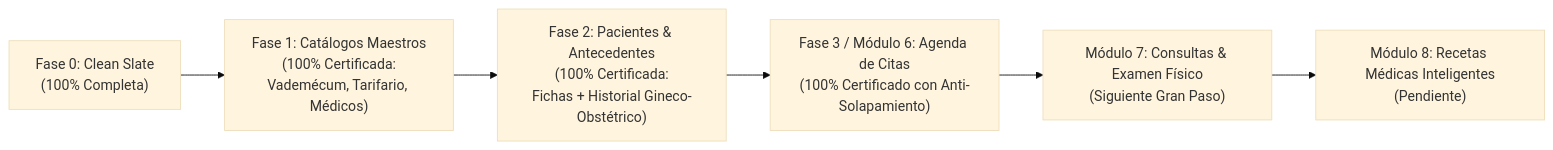
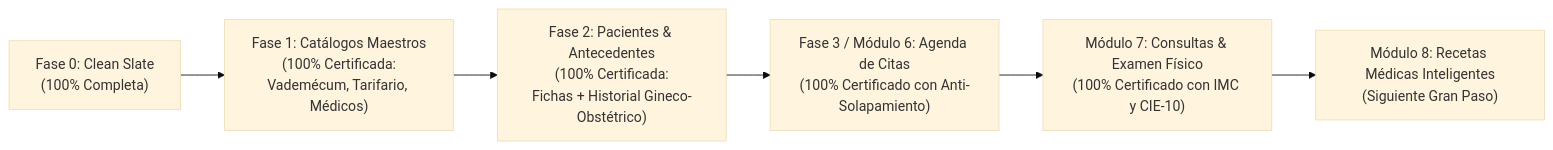
One commit to VinKE3/cendo-demo changed the diagram in docs/PROGRESS.md. Above: the diagram before and after it, drawn with Mermaid (base theme). The commit also changed other lines of this file and 9 other files, not shown here.

Commit message:
feat(consultas): modular architecture, BMI calculator, CIE-10 presets and certified clinical consultations CRUD

````diff
--- a/docs/PROGRESS.md
+++ b/docs/PROGRESS.md
@@ -23,8 +23,8 @@
 ```mermaid
 flowchart LR
     Fase0["Fase 0: Clean Slate\n(100% Completa)"] --> Fase1["Fase 1: Catálogos Maestros\n(100% Certificada:\nVademécum, Tarifario, Médicos)"]
     Fase1 --> Fase2["Fase 2: Pacientes & Antecedentes\n(100% Certificada:\nFichas + Historial Gineco-Obstétrico)"]
     Fase2 --> Mod6["Fase 3 / Módulo 6: Agenda de Citas\n(100% Certificado con Anti-Solapamiento)"]
-    Mod6 --> Mod7["Módulo 7: Consultas & Examen Físico\n(Siguiente Gran Paso)"]
-    Mod7 --> Mod8["Módulo 8: Recetas Médicas Inteligentes\n(Pendiente)"]
+    Mod6 --> Mod7["Módulo 7: Consultas & Examen Físico\n(100% Certificado con IMC y CIE-10)"]
+    Mod7 --> Mod8["Módulo 8: Recetas Médicas Inteligentes\n(Siguiente Gran Paso)"]
 ```
````
